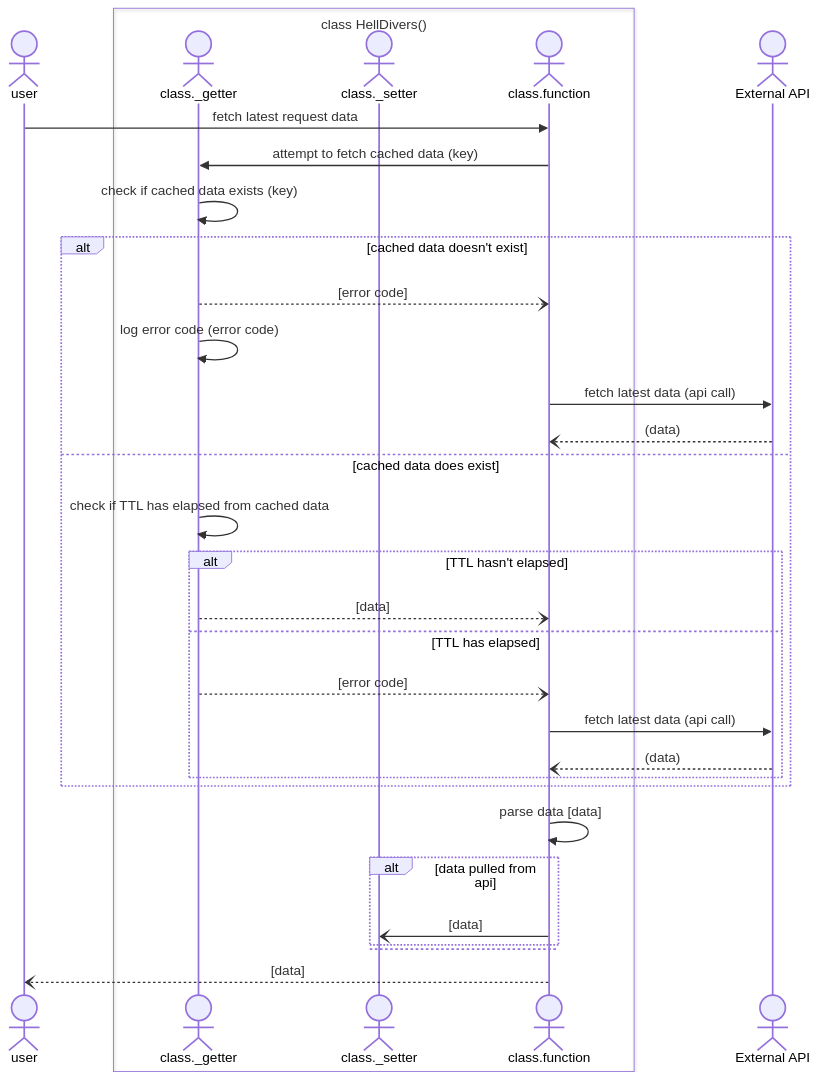
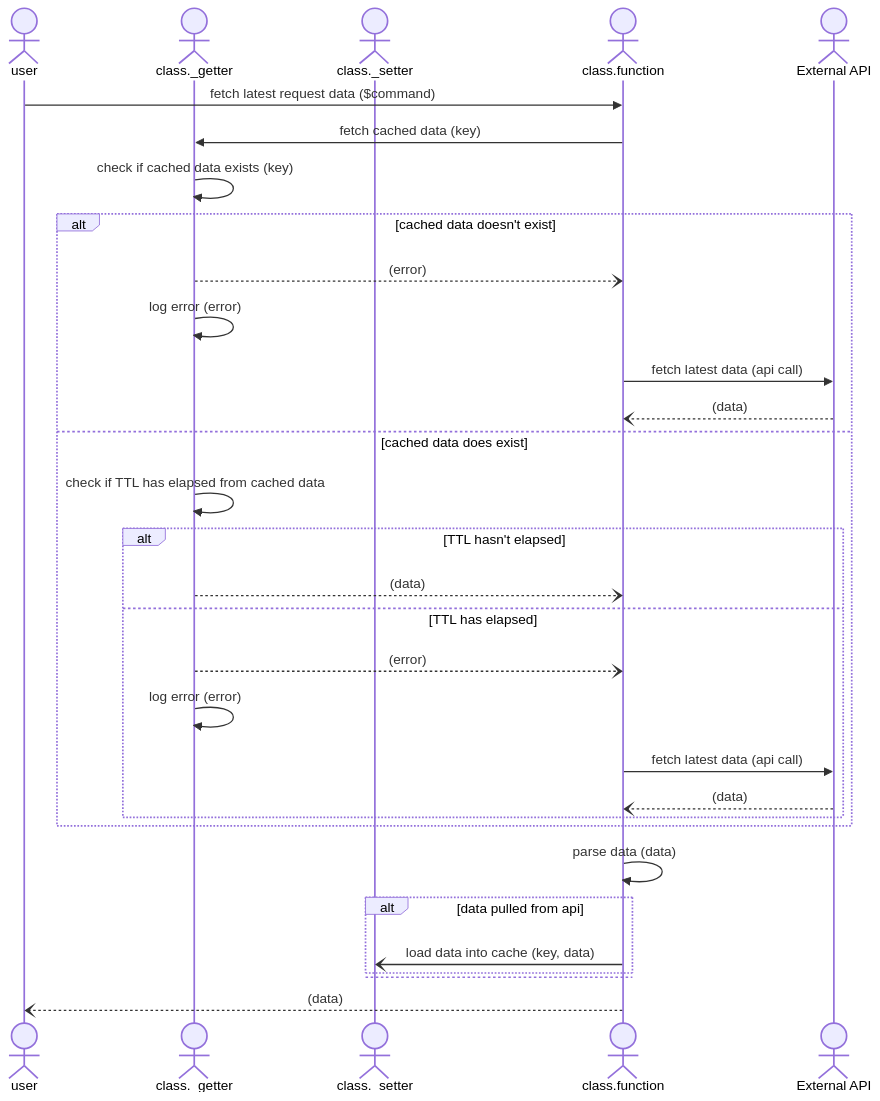
The diagram in docs/architecture/cache_function.md (dakotatokad/hellbot), drawn with Mermaid before and after one commit.

Commit message:
minor tweaks to messages

````diff
--- a/docs/architecture/cache_function.md
+++ b/docs/architecture/cache_function.md
@@ -2,35 +2,34 @@
 ```mermaid
 sequenceDiagram
 actor user
-box transparent class HellDivers()
 actor gc as class._getter
 actor sc as class._setter
 actor api as class.function
-end
 actor eapi as External API
 
-user ->> api: fetch latest request data
-api ->> gc: attempt to fetch cached data (key)
+user ->> api: fetch latest request data ($command)
+api ->> gc: fetch cached data (key)
 gc ->> gc: check if cached data exists (key)
 alt cached data doesn't exist
-    gc --) api: [error code]
-    gc ->> gc: log error code (error code)
+    gc --) api: (error)
+    gc ->> gc: log error (error)
     api ->> eapi: fetch latest data (api call)
     eapi --) api: (data)
 else cached data does exist
     gc ->> gc: check if TTL has elapsed from cached data
     alt TTL hasn't elapsed
-        gc --) api: [data]
+        gc --) api: (data)
     else TTL has elapsed
-        gc --) api: [error code]
+        gc --) api: (error)
+        gc ->> gc: log error (error)
         api ->> eapi: fetch latest data (api call)
         eapi --) api: (data)
     end
 end
-api ->> api: parse data [data]
+api ->> api: parse data (data)
 alt data pulled from api
-    api -) sc: [data]
+    api -) sc: load data into cache (key, data)
 else
 end
-api --) user: [data]
+api --) user: (data)
 ```
````
